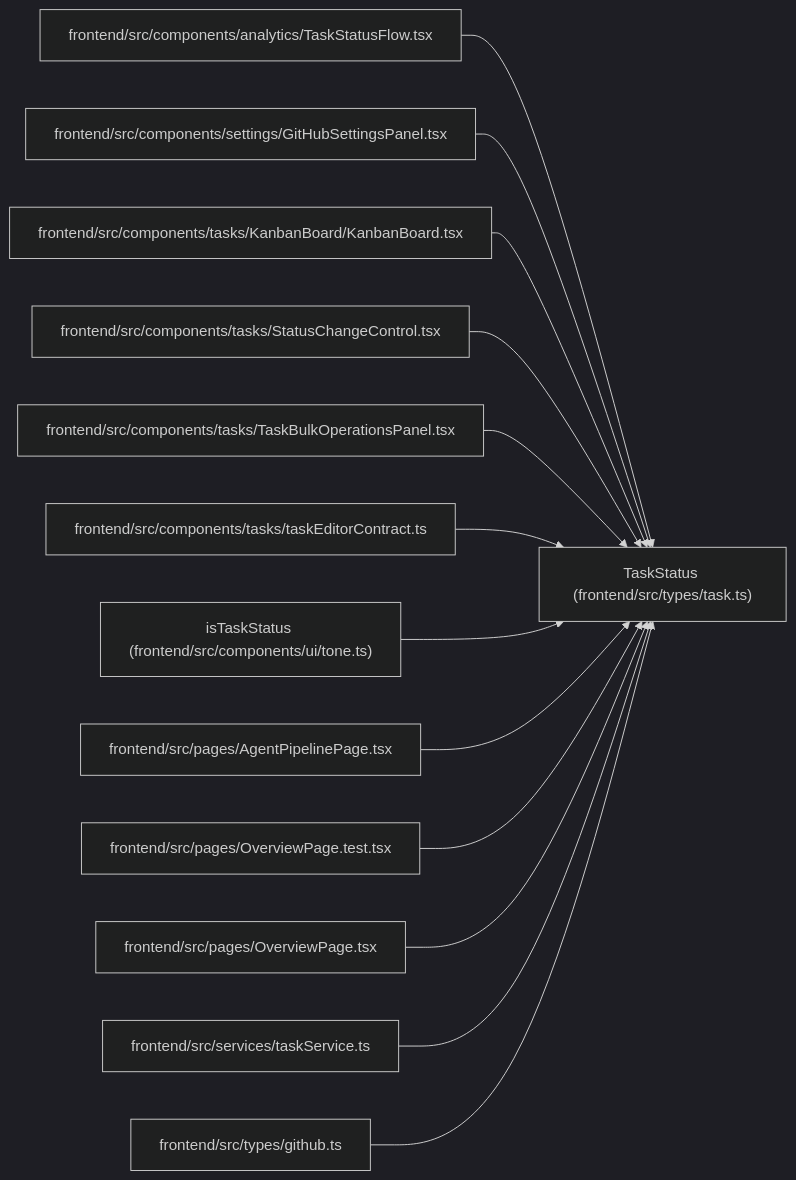
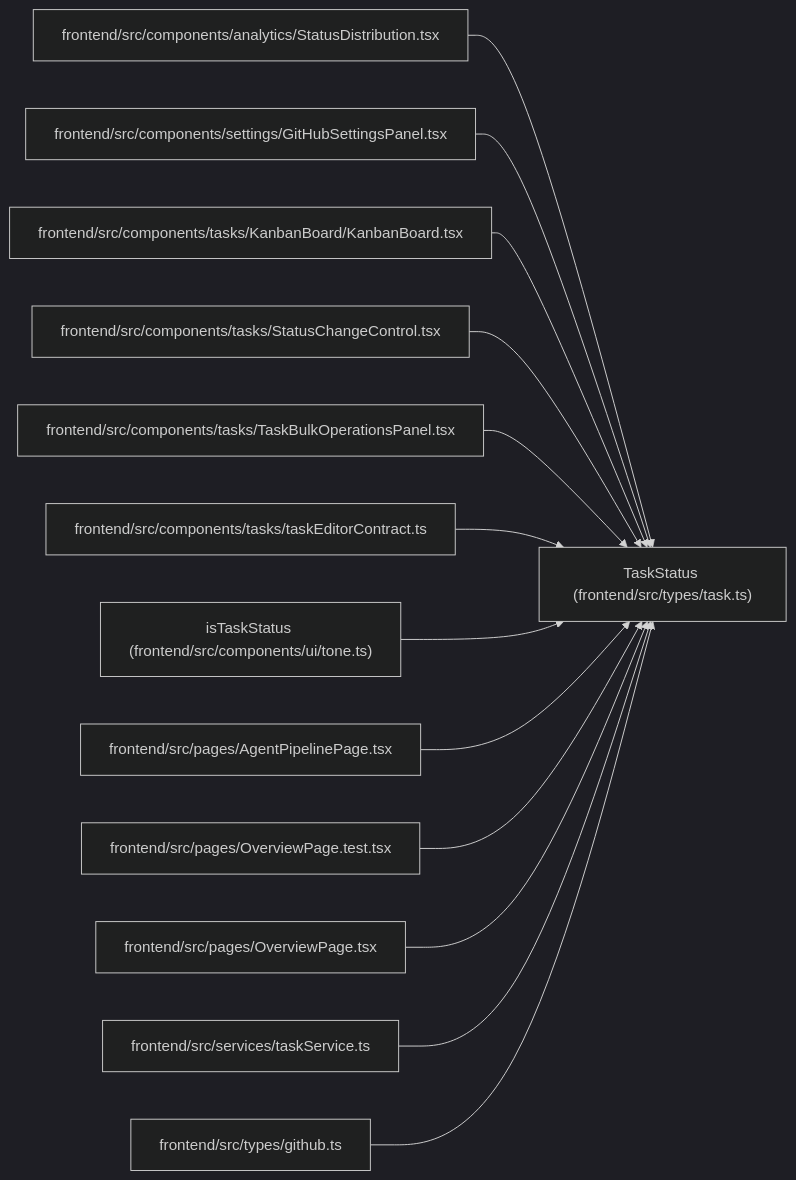
The diagram in docs/llm_wiki/entities/types_task_TaskStatus.md (Denissvgn/WorkChord), drawn with Mermaid (dark theme) before and after one commit. The commit also changed other lines of this file and 392 other files, not shown here.

````diff
--- a/docs/llm_wiki/entities/types_task_TaskStatus.md
+++ b/docs/llm_wiki/entities/types_task_TaskStatus.md
@@ -28,41 +28,41 @@
 ```mermaid
 flowchart LR
     n0["TaskStatus (frontend/src/types/task.ts)"]
-    n1["frontend/src/components/analytics/TaskStatusFlow.tsx"]
+    n1["frontend/src/components/analytics/StatusDistribution.tsx"]
     n2["frontend/src/components/settings/GitHubSettingsPanel.tsx"]
     n3["frontend/src/components/tasks/KanbanBoard/KanbanBoard.tsx"]
     n4["frontend/src/components/tasks/StatusChangeControl.tsx"]
     n5["frontend/src/components/tasks/TaskBulkOperationsPanel.tsx"]
     n6["frontend/src/components/tasks/taskEditorContract.ts"]
     n7["isTaskStatus (frontend/src/components/ui/tone.ts)"]
     n8["frontend/src/pages/AgentPipelinePage.tsx"]
     n9["frontend/src/pages/OverviewPage.test.tsx"]
     n10["frontend/src/pages/OverviewPage.tsx"]
     n11["frontend/src/services/taskService.ts"]
     n12["frontend/src/types/github.ts"]
     n1 --> n0
     n2 --> n0
     n3 --> n0
     n4 --> n0
     n5 --> n0
     n6 --> n0
     n7 --> n0
     n8 --> n0
     n9 --> n0
     n10 --> n0
     n11 --> n0
     n12 --> n0
     click n0 "../modules/types_task.md"
-    click n1 "../modules/TaskStatusFlow.md"
+    click n1 "../modules/StatusDistribution.md"
     click n2 "../modules/GitHubSettingsPanel.md"
     click n3 "../modules/KanbanBoard.md"
     click n4 "../modules/StatusChangeControl.md"
     click n5 "../modules/TaskBulkOperationsPanel.md"
     click n6 "../modules/taskEditorContract.md"
     click n7 "../modules/tone.md"
     click n8 "../modules/AgentPipelinePage.md"
     click n9 "../modules/OverviewPage.test.md"
     click n10 "../modules/OverviewPage.md"
     click n11 "../modules/taskService.md"
     click n12 "../modules/types_github.md"
 ```
````
